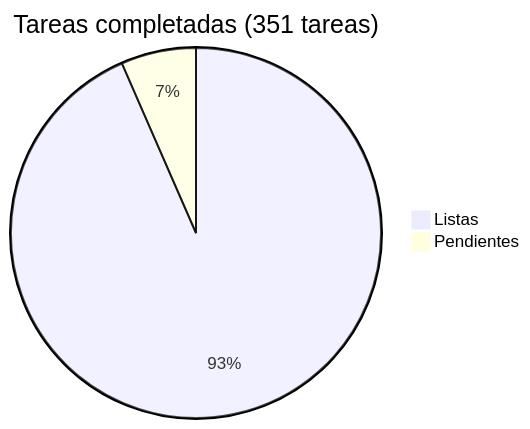
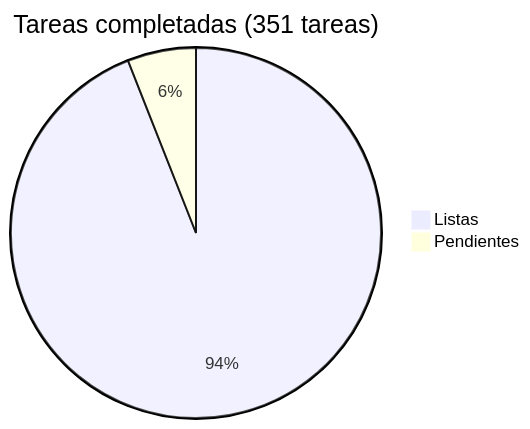
One commit to araguaney-lat/araguaney changed the diagram in docs/roadmap/README.md. Above: the diagram before and after it, drawn with Mermaid. The commit also changed other lines of this file and 6 other files, not shown here.

First line of the commit message:
feat(seo): meta en formato pregunta + speakable schema (Fase 17 tasks 14+18) (#149)

````diff
--- a/docs/roadmap/README.md
+++ b/docs/roadmap/README.md
@@ -5,5 +5,5 @@
 ```mermaid
 pie title Tareas completadas (351 tareas)
-    "Listas" : 328
-    "Pendientes" : 23
+    "Listas" : 330
+    "Pendientes" : 21
 ```
````
